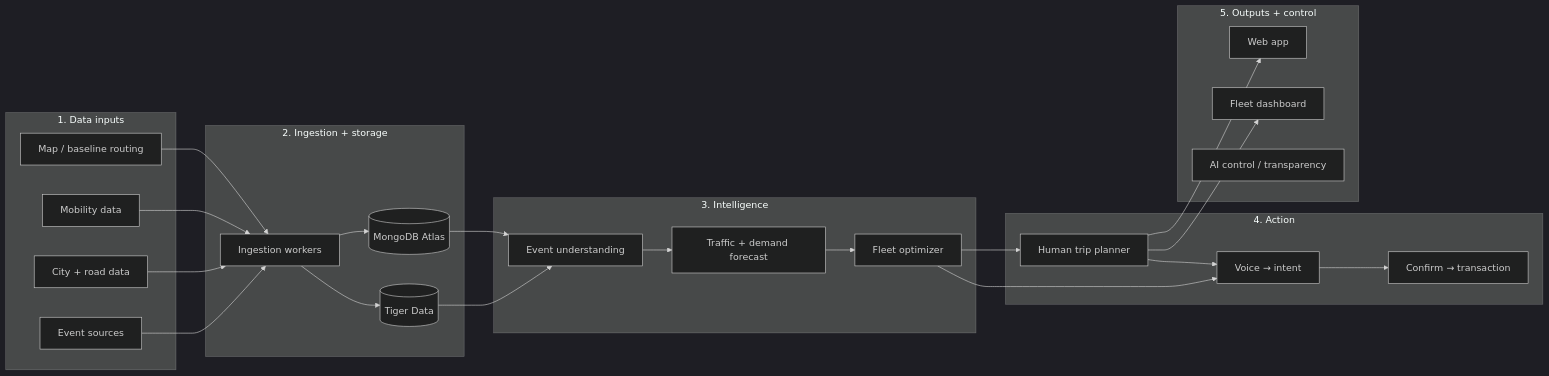
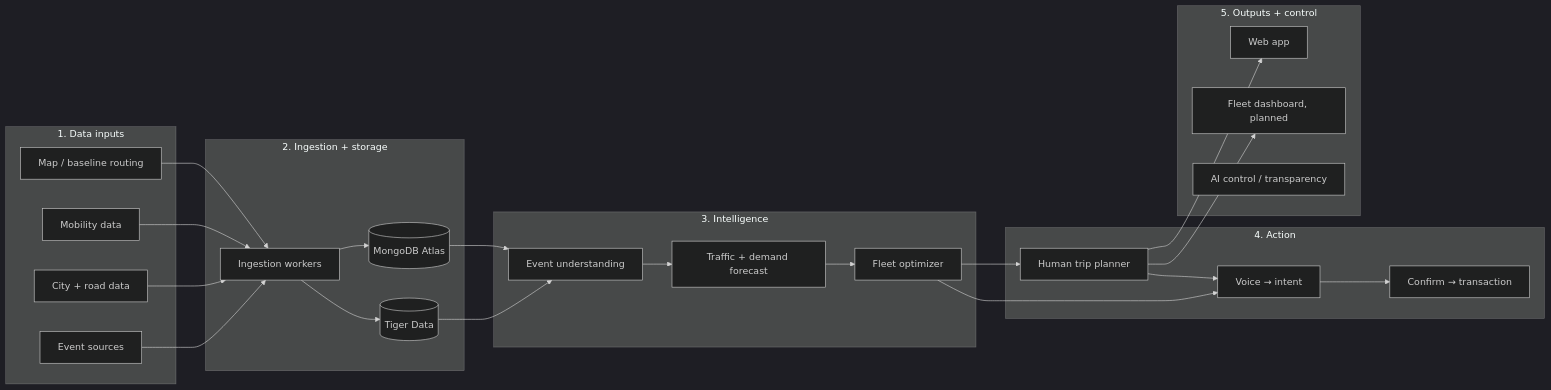
The diagram in README.md (No-Way-Mo/transpeaktation), drawn with Mermaid (dark theme) before and after one commit. The commit also changed other lines of this file, not shown here.

````diff
--- a/README.md
+++ b/README.md
@@ -36,37 +37,37 @@
 ```mermaid
 flowchart LR
   subgraph IN["1. Data inputs"]
     ES[Event sources]
     CR[City + road data]
     MD[Mobility data]
     MB[Map / baseline routing]
   end
   subgraph ST["2. Ingestion + storage"]
     IW[Ingestion workers]
     TG[(Tiger Data)]
     MG[(MongoDB Atlas)]
   end
   subgraph AI["3. Intelligence"]
     EU[Event understanding]
     FC[Traffic + demand forecast]
     FO[Fleet optimizer]
   end
   subgraph ACT["4. Action"]
     TP[Human trip planner]
     VI[Voice → intent]
     TX[Confirm → transaction]
   end
   subgraph OUT["5. Outputs + control"]
     WA[Web app]
-    FD[Fleet dashboard]
+    FD[Fleet dashboard, planned]
     TR[AI control / transparency]
   end
   ES & CR & MD & MB --> IW
   IW --> TG & MG
   TG & MG --> EU
   EU --> FC --> FO
   FO --> TP & VI
   TP --> VI --> TX
   TP --> WA
   TP --> FD
 ```
````
